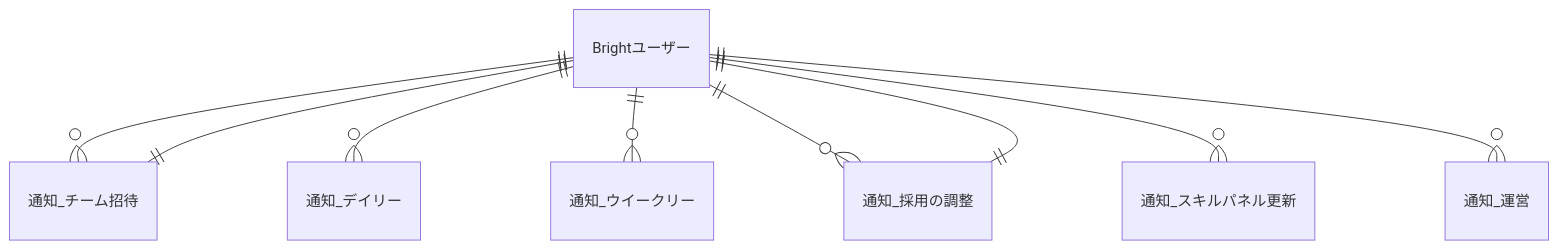
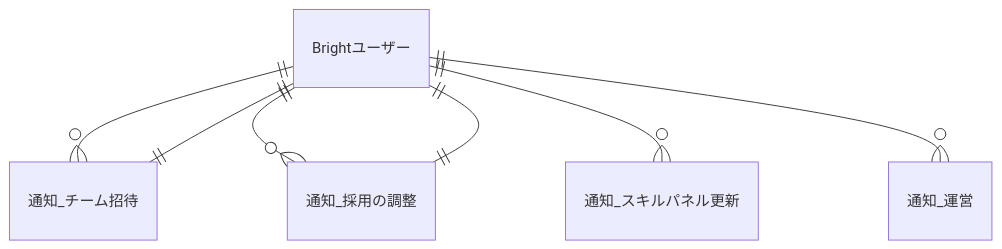
Before and after one commit to bright-org/bright: the second of 5 diagrams in docs/conceptual_schemas/notifications.md, drawn with Mermaid. The commit also changed other lines of this file, not shown here.

Commit message:
デイリーとウイークリーを振り返りに統合する為削除

```````diff
--- a/docs/conceptual_schemas/notifications.md
+++ b/docs/conceptual_schemas/notifications.md
@@ -19,15 +19,12 @@
 ```mermaid
 erDiagram
   "Brightユーザー" ||--o{ "通知_チーム招待" : ""
   "通知_チーム招待" ||--|| "Brightユーザー" : ""
-
-  "Brightユーザー" ||--o{ "通知_デイリー" : ""
-  "Brightユーザー" ||--o{ "通知_ウイークリー" : ""
 
   "Brightユーザー" ||--o{ "通知_採用の調整" : ""
   "通知_採用の調整" ||--|| "Brightユーザー" : ""
 
   "Brightユーザー" ||--o{ "通知_スキルパネル更新" : ""
   "Brightユーザー" ||--o{ "通知_運営" : ""
 
 ``````
```````
